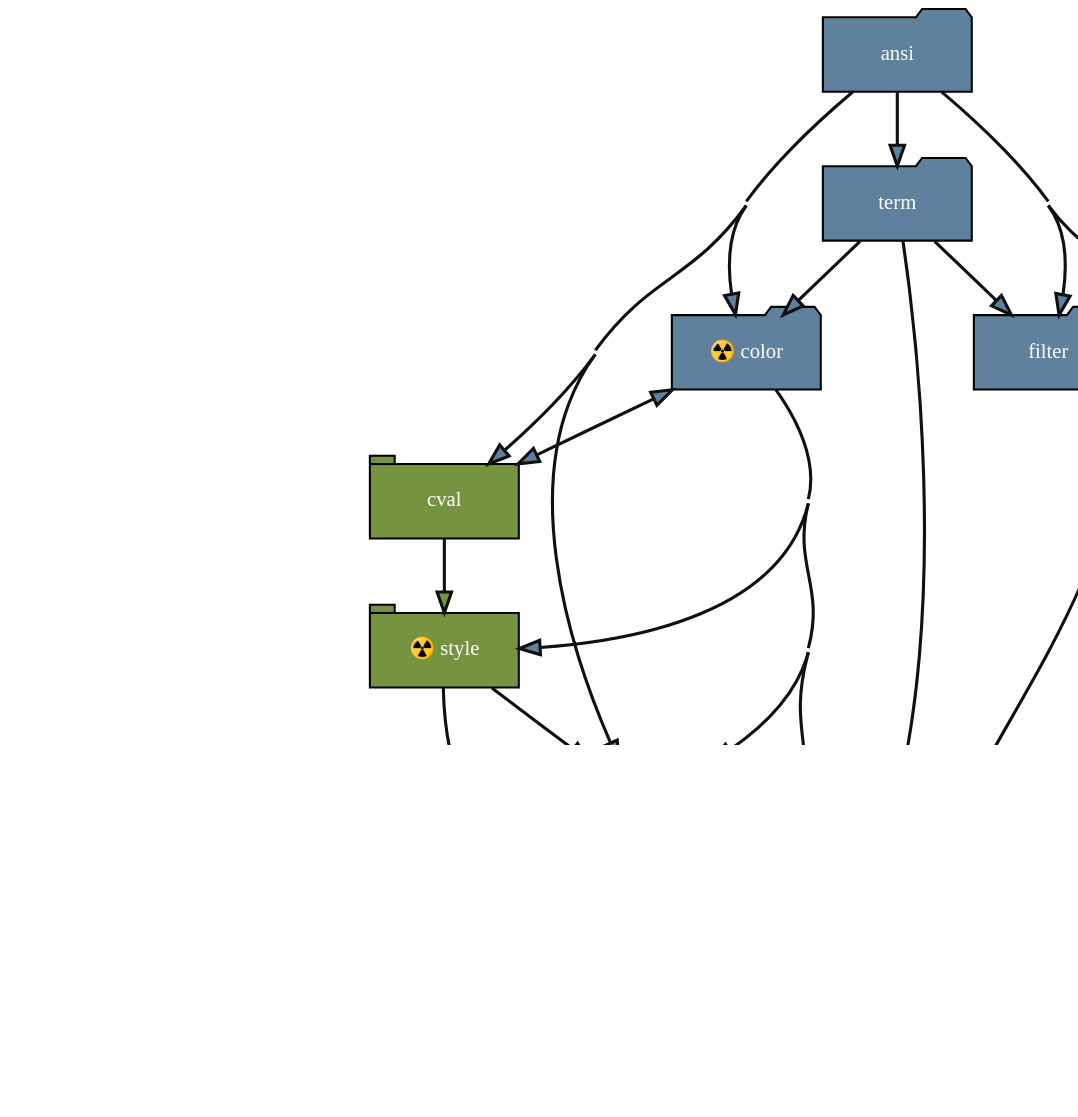
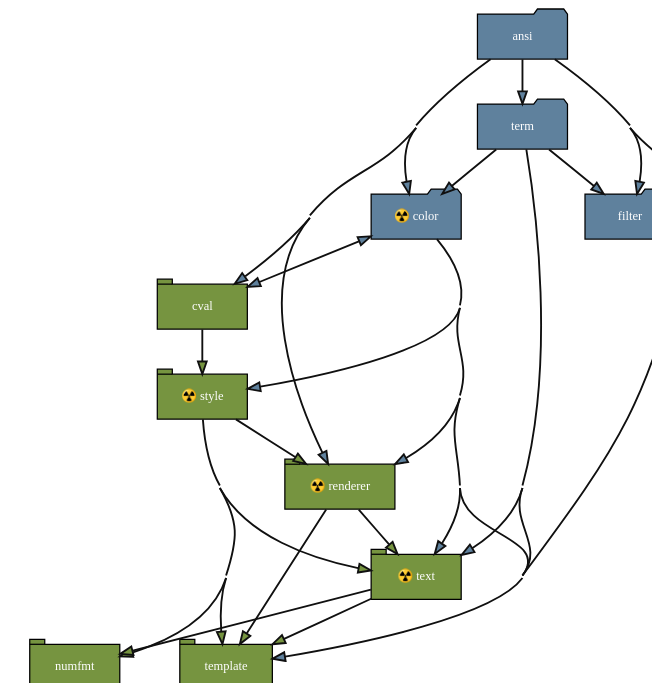
One commit to delameter/pytermor changed the diagram in docs/_generated/module-pdf.dot. Above: the diagram before and after it, drawn with Graphviz. The commit also changed 58 other files, not shown here.

```diff
--- a/docs/_generated/module-pdf.dot
+++ b/docs/_generated/module-pdf.dot
@@ -1,60 +1,58 @@
 
 digraph G {
     dpi = 150;
     concentrate = true;
     rankdir = TB;
     #TBbalance = min;
     ratio=fill;
-    size="3";
+    size="1.8";
 
     node [
         style="filled",
         fontname="Literal Bold",
         margin="0.2,0.0",
         fontsize=10,
         width=1.0,
         height=.5,
     ];
     edge [
         color="#101010",
         penwidth=1.5,
     ];
 
     pytermor_ansi [shape="folder",group="low",fillcolor="#5f819d",fontcolor="#ffffff",label="ansi"];
-    pytermor_border [shape="tab",fillcolor="#769440",fontcolor="#ffffff",label="border"];
     pytermor_color [shape="folder",group="low",fillcolor="#5f819d",fontcolor="#ffffff",label="☢️ color"];
     pytermor_cval [shape="tab",fillcolor="#769440",fontcolor="#ffffff",label="cval"];
     pytermor_filter [shape="folder",group="low",fillcolor="#5f819d",fontcolor="#ffffff",label="filter"];
     pytermor_numfmt [shape="tab",fillcolor="#769440",fontcolor="#ffffff",label="numfmt"];
     pytermor_renderer [shape="tab",fillcolor="#769440",fontcolor="#ffffff",label="☢️ renderer"];
     pytermor_style [shape="tab",fillcolor="#769440",fontcolor="#ffffff",label="☢️ style"];
     pytermor_template [shape="tab",fillcolor="#769440",fontcolor="#ffffff",label="template"];
     pytermor_term [shape="folder",group="low",fillcolor="#5f819d",fontcolor="#ffffff",label="term"];
     pytermor_text [shape="tab",fillcolor="#769440",fontcolor="#ffffff",label="☢️ text"];
     pytermor_ansi -> pytermor_color [fillcolor="#5f819d"];
     pytermor_ansi -> pytermor_cval [fillcolor="#5f819d"];
     pytermor_ansi -> pytermor_filter [fillcolor="#5f819d"];
     pytermor_ansi -> pytermor_renderer [fillcolor="#5f819d"];
     pytermor_ansi -> pytermor_template [fillcolor="#5f819d"];
     pytermor_ansi -> pytermor_term [fillcolor="#5f819d"];
     pytermor_color -> pytermor_cval [fillcolor="#5f819d"];
     pytermor_color -> pytermor_renderer [fillcolor="#5f819d"];
     pytermor_color -> pytermor_style [fillcolor="#5f819d"];
     pytermor_color -> pytermor_template [fillcolor="#5f819d"];
     pytermor_color -> pytermor_text [fillcolor="#5f819d"];
     pytermor_cval -> pytermor_color [fillcolor="#769440"];
     pytermor_cval -> pytermor_style [fillcolor="#769440"];
     pytermor_renderer -> pytermor_template [fillcolor="#769440"];
     pytermor_renderer -> pytermor_text [fillcolor="#769440"];
     pytermor_style -> pytermor_numfmt [fillcolor="#769440"];
     pytermor_style -> pytermor_renderer [fillcolor="#769440"];
     pytermor_style -> pytermor_template [fillcolor="#769440"];
     pytermor_style -> pytermor_text [fillcolor="#769440"];
     pytermor_term -> pytermor_color [fillcolor="#5f819d"];
     pytermor_term -> pytermor_filter [fillcolor="#5f819d"];
     pytermor_term -> pytermor_template [fillcolor="#5f819d"];
     pytermor_term -> pytermor_text [fillcolor="#5f819d"];
-    pytermor_text -> pytermor_border [fillcolor="#769440"];
     pytermor_text -> pytermor_numfmt [fillcolor="#769440"];
     pytermor_text -> pytermor_template [fillcolor="#769440"];
 }
```
